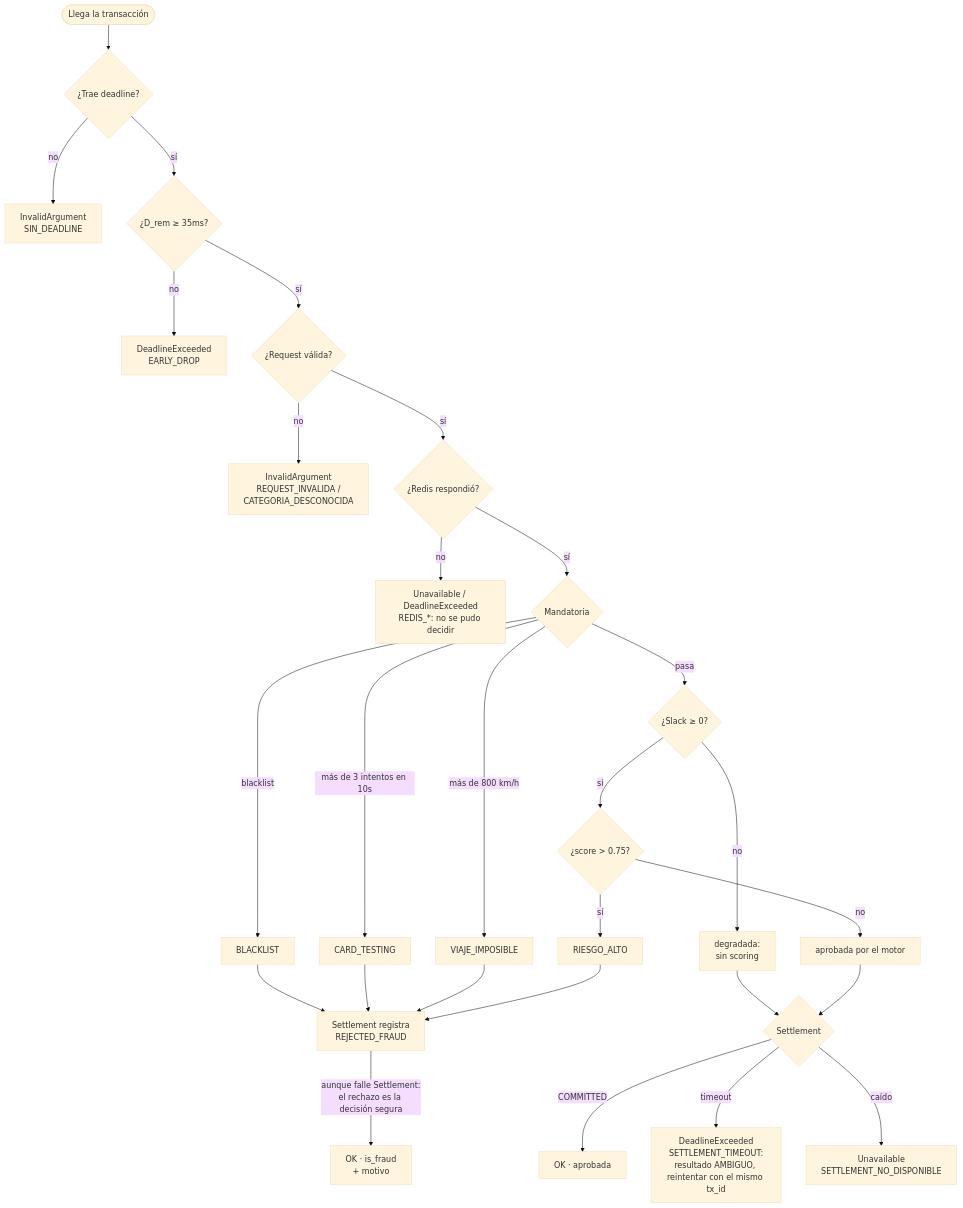
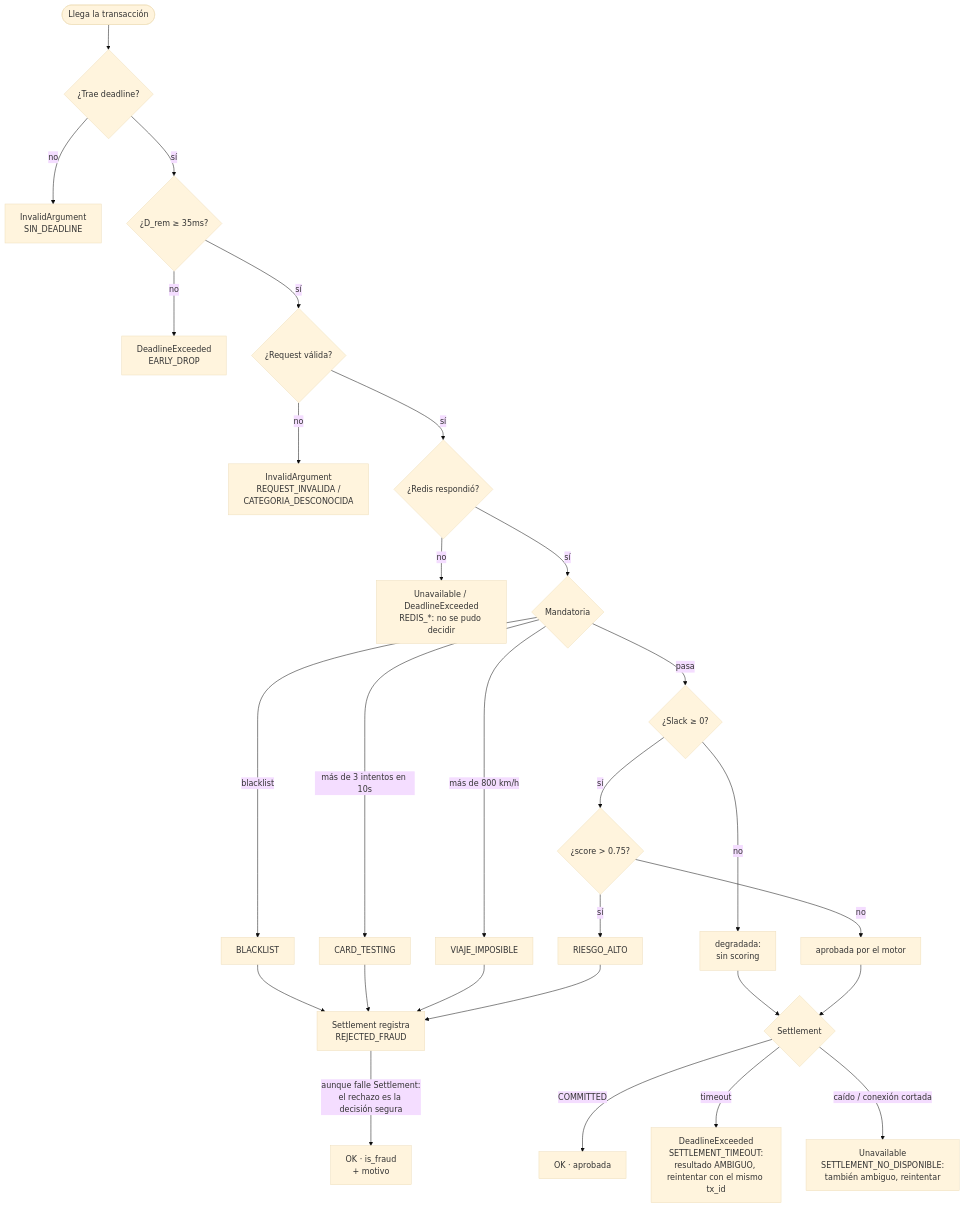
One commit to festradax07/Fraud-Detector-RTS changed the third of 3 diagrams in README.md. Above: the diagram before and after it, drawn with Mermaid (base theme). The commit also changed other lines of this file and 28 other files, not shown here.

````diff
--- a/README.md
+++ b/README.md
@@ -158,30 +158,30 @@
 ```mermaid
 flowchart TD
     A([Llega la transacción]) --> B{¿Trae deadline?}
     B -- no --> X1[InvalidArgument<br/>SIN_DEADLINE]
     B -- sí --> C{¿D_rem ≥ 35ms?}
     C -- no --> X2[DeadlineExceeded<br/>EARLY_DROP]
     C -- sí --> D{¿Request válida?}
     D -- no --> X3[InvalidArgument<br/>REQUEST_INVALIDA /<br/>CATEGORIA_DESCONOCIDA]
     D -- sí --> E{¿Redis respondió?}
     E -- no --> X4[Unavailable / DeadlineExceeded<br/>REDIS_*: no se pudo decidir]
     E -- sí --> F{Mandatoria}
     F -- blacklist --> R1[BLACKLIST]
     F -- "más de 3 intentos en 10s" --> R2[CARD_TESTING]
     F -- "más de 800 km/h" --> R3[VIAJE_IMPOSIBLE]
     F -- pasa --> G{¿Slack ≥ 0?}
     G -- no --> H[degradada:<br/>sin scoring]
     G -- sí --> I{¿score > 0.75?}
     I -- sí --> R4[RIESGO_ALTO]
     I -- no --> H2[aprobada por el motor]
     R1 --> RS[Settlement registra<br/>REJECTED_FRAUD]
     R2 --> RS
     R3 --> RS
     R4 --> RS
     RS -- "aunque falle Settlement:<br/>el rechazo es la decisión segura" --> RF[OK · is_fraud<br/>+ motivo]
     H --> J{Settlement}
     H2 --> J
     J -- COMMITTED --> OK[OK · aprobada]
     J -- timeout --> X5[DeadlineExceeded<br/>SETTLEMENT_TIMEOUT:<br/>resultado AMBIGUO, reintentar con el mismo tx_id]
-    J -- caído --> X6[Unavailable<br/>SETTLEMENT_NO_DISPONIBLE]
+    J -- "caído / conexión cortada" --> X6[Unavailable<br/>SETTLEMENT_NO_DISPONIBLE:<br/>también ambiguo, reintentar]
 ```
````
